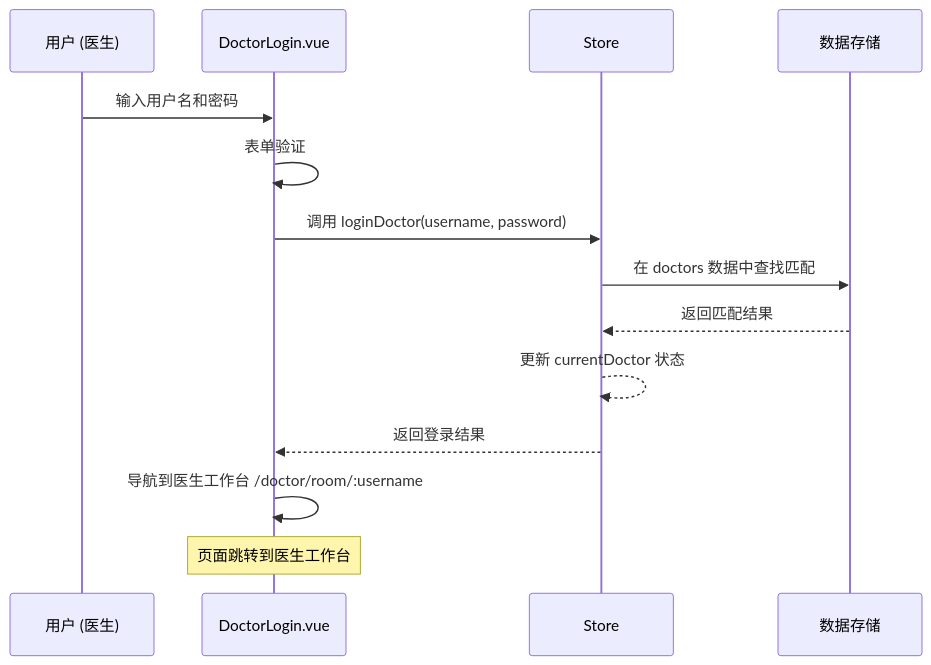
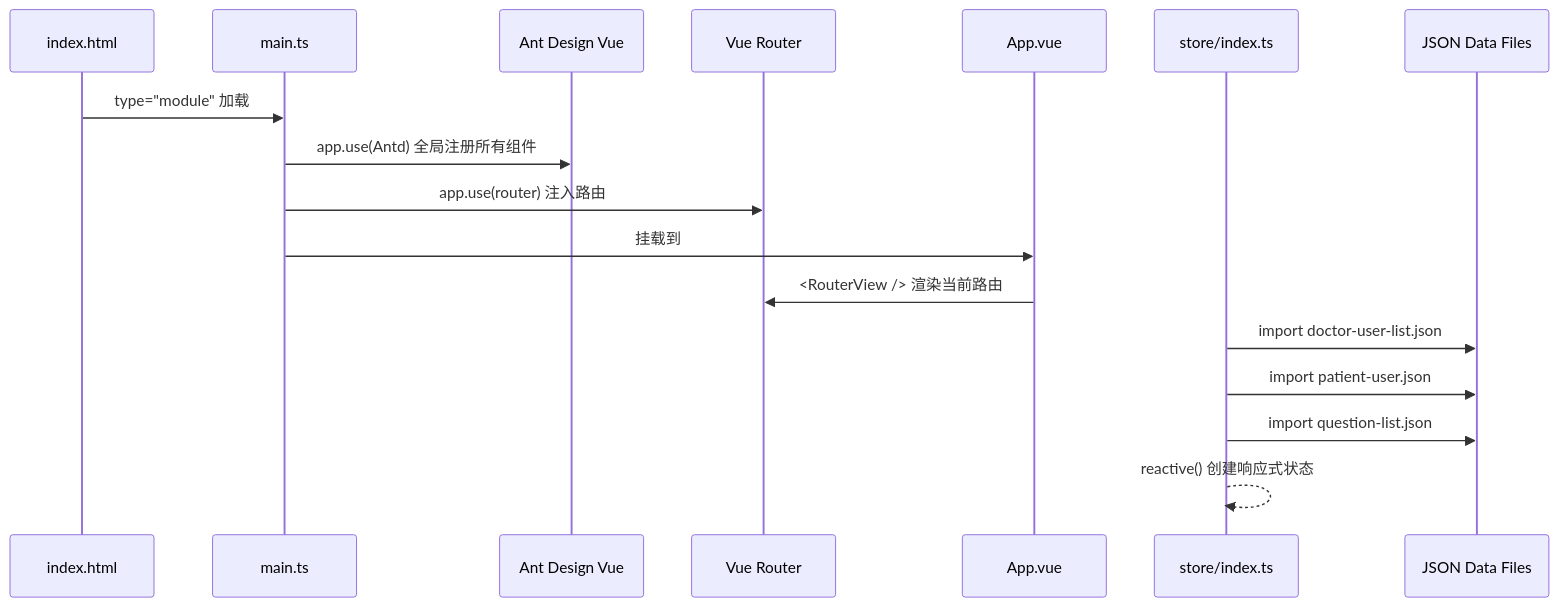
The first of 8 diagrams in .asdm/contexts/architecture.md (fanleiotot/qa-live-healthcare-interview), drawn with Mermaid before and after one commit. The commit also changed other lines of this file and 2 other files, not shown here.

````diff
--- a/.asdm/contexts/architecture.md
+++ b/.asdm/contexts/architecture.md
@@ -318,17 +61,20 @@
 ```mermaid
 sequenceDiagram
-    participant U as 用户 (医生)
-    participant V as DoctorLogin.vue
-    participant S as Store
-    participant D as 数据存储
-    
-    U->>V: 输入用户名和密码
-    V->>V: 表单验证
-    V->>S: 调用 loginDoctor(username, password)
-    S->>D: 在 doctors 数据中查找匹配
-    D-->>S: 返回匹配结果
-    S-->>S: 更新 currentDoctor 状态
-    S-->>V: 返回登录结果
-    V->>V: 导航到医生工作台 /doctor/room/:username
-    Note over V: 页面跳转到医生工作台
+    participant HTML as index.html
+    participant Main as main.ts
+    participant Antd as Ant Design Vue
+    participant Router as Vue Router
+    participant App as App.vue
+    participant Store as store/index.ts
+    participant JSON as JSON Data Files
+
+    HTML->>Main: type="module" 加载
+    Main->>Antd: app.use(Antd) 全局注册所有组件
+    Main->>Router: app.use(router) 注入路由
+    Main->>App: 挂载到 #app
+    App->>Router: <RouterView /> 渲染当前路由
+    Store->>JSON: import doctor-user-list.json
+    Store->>JSON: import patient-user.json
+    Store->>JSON: import question-list.json
+    Store-->>Store: reactive() 创建响应式状态
 ```
````
